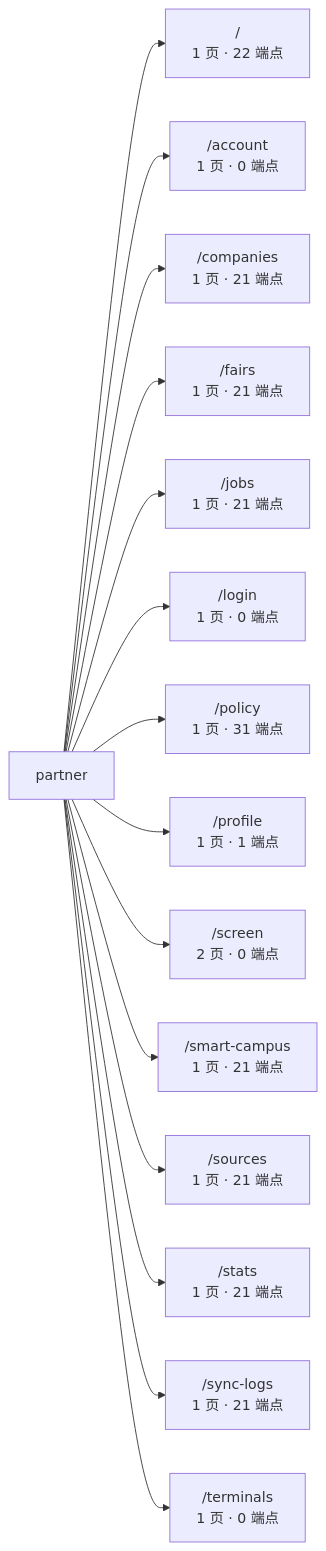
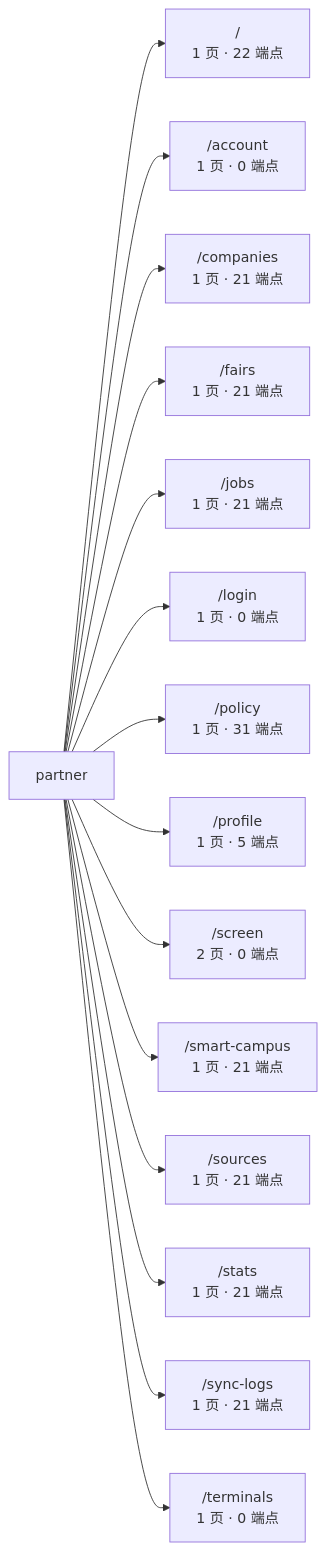
Before and after one commit to wanglei581/YITIJI: the third of 3 diagrams in docs/graph/routes.md, drawn with Mermaid. The commit also changed other lines of this file and 3 other files, not shown here.

````diff
--- a/docs/graph/routes.md
+++ b/docs/graph/routes.md
@@ -430,18 +430,18 @@
 ```mermaid
 flowchart LR
   app["partner"]
   app --> _root_["/<br/>1 页 · 22 端点"]
   app --> account["/account<br/>1 页 · 0 端点"]
   app --> companies["/companies<br/>1 页 · 21 端点"]
   app --> fairs["/fairs<br/>1 页 · 21 端点"]
   app --> jobs["/jobs<br/>1 页 · 21 端点"]
   app --> login["/login<br/>1 页 · 0 端点"]
   app --> policy["/policy<br/>1 页 · 31 端点"]
-  app --> profile["/profile<br/>1 页 · 1 端点"]
+  app --> profile["/profile<br/>1 页 · 5 端点"]
   app --> screen["/screen<br/>2 页 · 0 端点"]
   app --> smart_campus["/smart-campus<br/>1 页 · 21 端点"]
   app --> sources["/sources<br/>1 页 · 21 端点"]
   app --> stats["/stats<br/>1 页 · 21 端点"]
   app --> sync_logs["/sync-logs<br/>1 页 · 21 端点"]
   app --> terminals["/terminals<br/>1 页 · 0 端点"]
 ```
````
